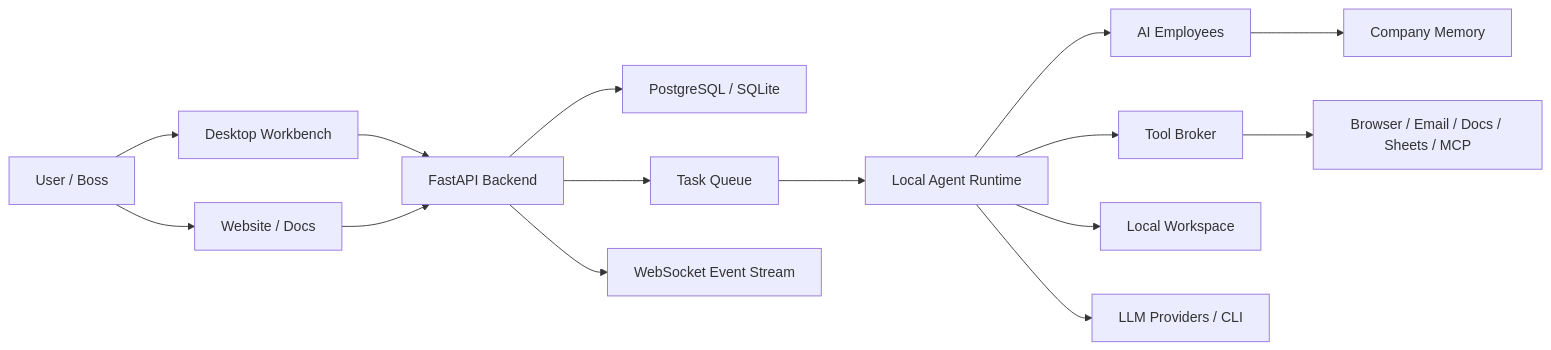
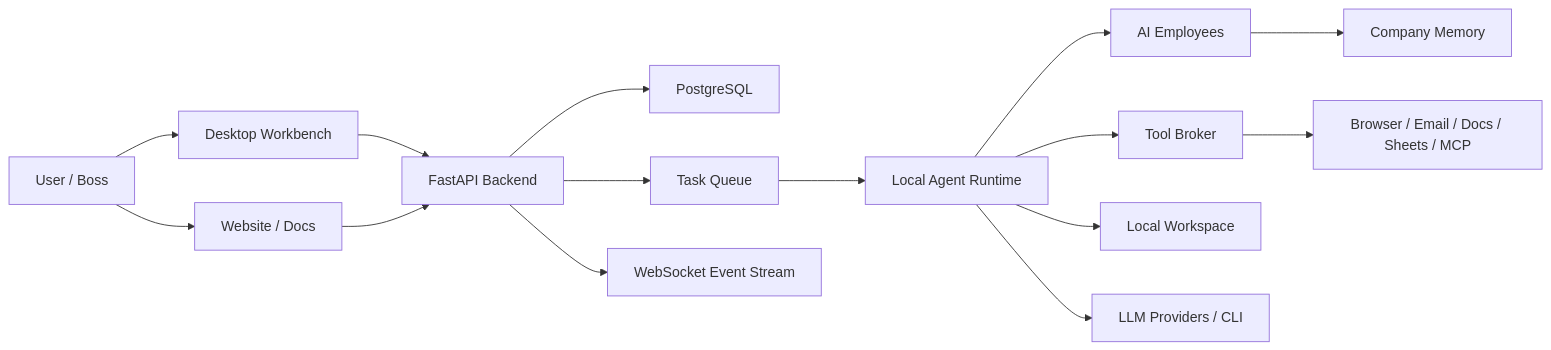
Before and after one commit to Clycheng/agentpulse: the diagram in README.md, drawn with Mermaid. The commit also changed other lines of this file and 26 other files, not shown here.

````diff
--- a/README.md
+++ b/README.md
@@ -97,21 +97,21 @@
 ```mermaid
 flowchart LR
   User["User / Boss"] --> Desktop["Desktop Workbench"]
   User --> Web["Website / Docs"]
 
   Desktop --> API["FastAPI Backend"]
   Web --> API
 
-  API --> DB["PostgreSQL / SQLite"]
+  API --> DB["PostgreSQL"]
   API --> Queue["Task Queue"]
   API --> Realtime["WebSocket Event Stream"]
 
   Queue --> Runtime["Local Agent Runtime"]
   Runtime --> Agents["AI Employees"]
   Runtime --> Tools["Tool Broker"]
   Runtime --> Files["Local Workspace"]
   Runtime --> Providers["LLM Providers / CLI"]
 
   Agents --> Memory["Company Memory"]
   Tools --> Integrations["Browser / Email / Docs / Sheets / MCP"]
 ```
````
